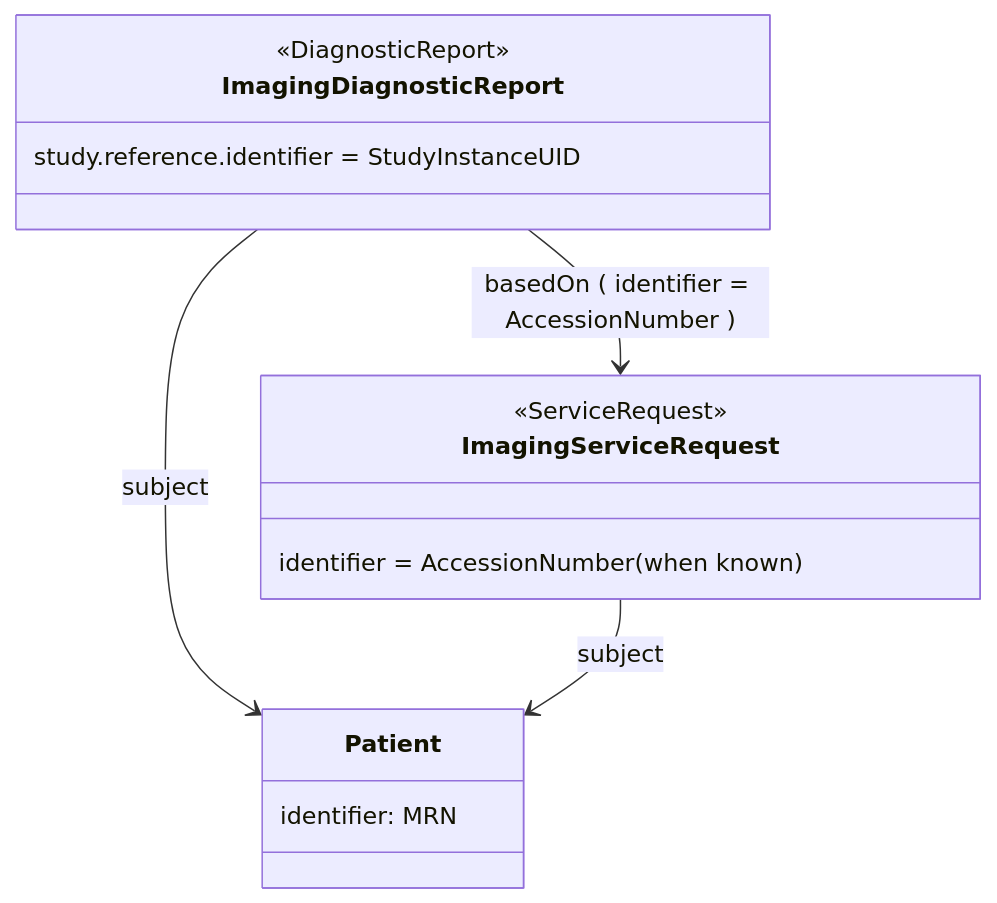
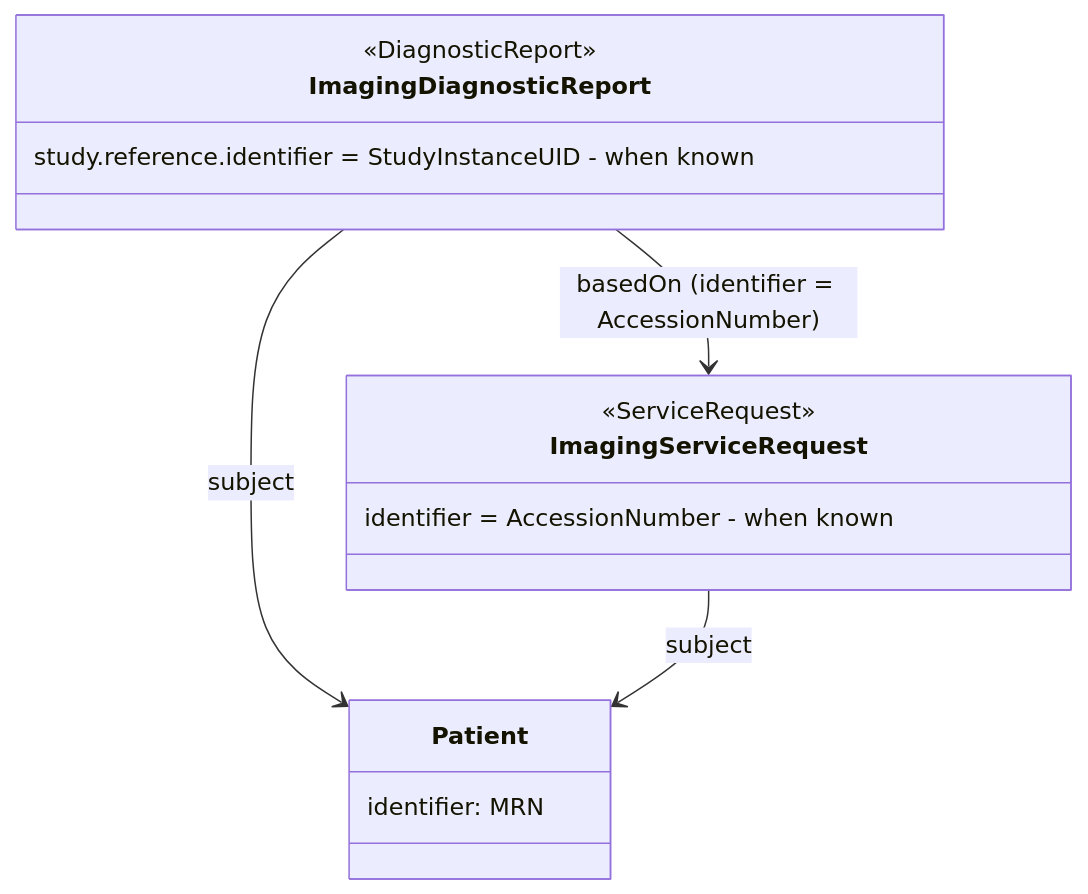
One commit to sync-for-science/imaging changed the sixth of 6 diagrams in infrastructure-and-identifiers-primer.md. Above: the diagram before and after it, drawn with Mermaid. The commit also changed other lines of this file, not shown here.

````diff
--- a/infrastructure-and-identifiers-primer.md
+++ b/infrastructure-and-identifiers-primer.md
@@ -154,18 +152,18 @@
 ```mermaid
 classDiagram
   class ImagingServiceRequest { 
     <<ServiceRequest>>
-    identifier = AccessionNumber (when known)
+    identifier = AccessionNumber - when known
   }
   class ImagingDiagnosticReport { 
     <<DiagnosticReport>>
-    study.reference.identifier = StudyInstanceUID
+    study.reference.identifier = StudyInstanceUID - when known
   }
 
   class Patient{
     identifier: MRN
   }
-  ImagingDiagnosticReport --> ImagingServiceRequest : basedOn ( identifier = AccessionNumber )
+  ImagingDiagnosticReport --> ImagingServiceRequest : basedOn (identifier = AccessionNumber)
   ImagingDiagnosticReport --> Patient: subject
   ImagingServiceRequest --> Patient: subject
 ```
````
